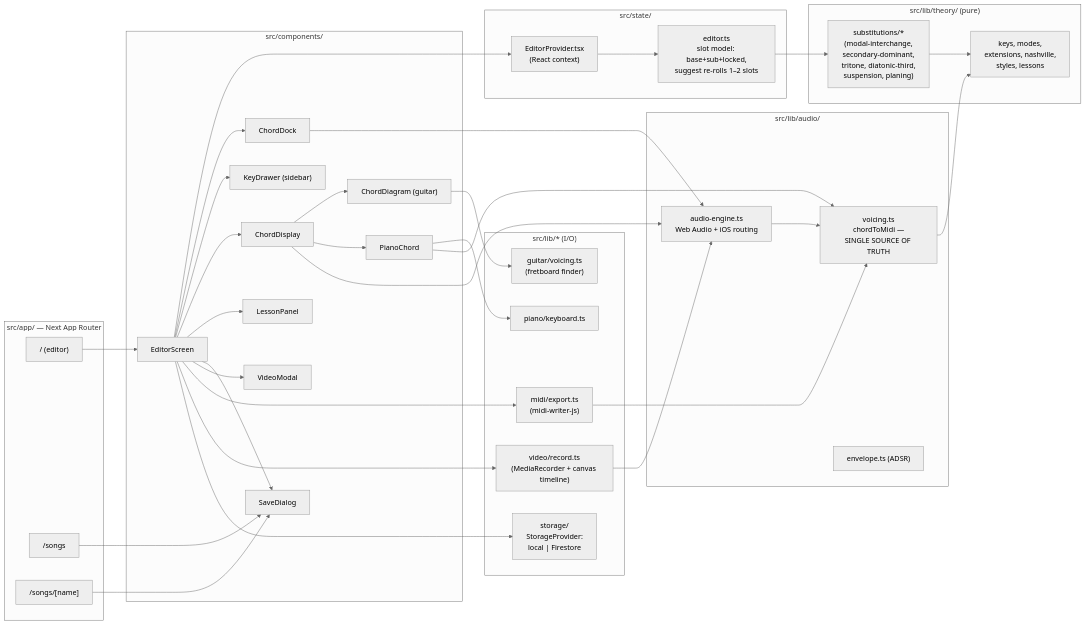
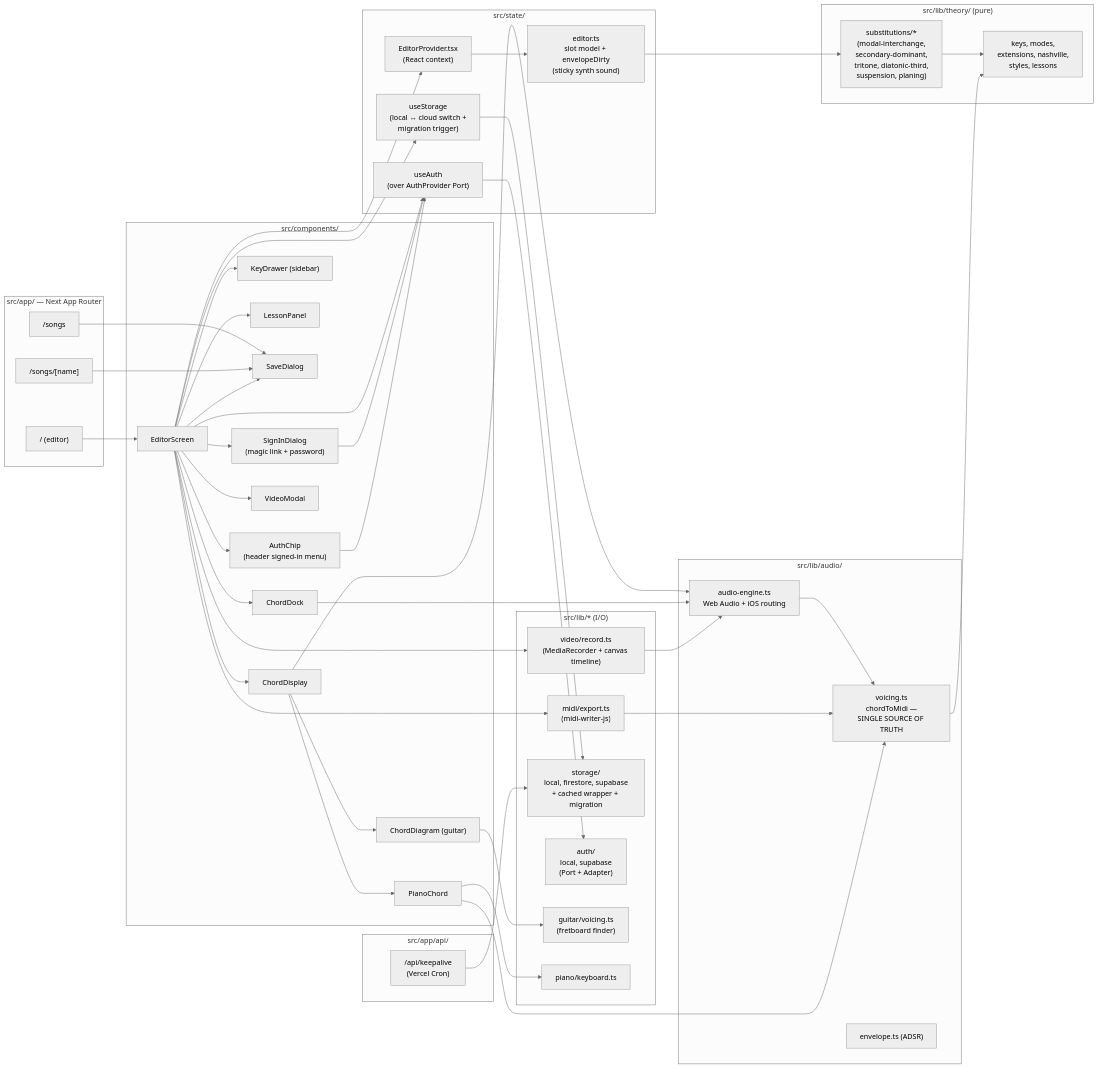
One commit to mazhermon/hitme-chord-suggester-v2 changed the third of 4 diagrams in docs/SYSTEM.md. Above: the diagram before and after it, drawn with Mermaid (neutral theme). The commit also changed other lines of this file and 5 other files, not shown here.

````diff
--- a/docs/SYSTEM.md
+++ b/docs/SYSTEM.md
@@ -110,8 +133,10 @@
   end
 
   subgraph state["src/state/"]
-    reducer["editor.ts<br/>slot model: base+sub+locked,<br/>suggest re-rolls 1–2 slots"]
+    reducer["editor.ts<br/>slot model + envelopeDirty<br/>(sticky synth sound)"]
     provider["EditorProvider.tsx<br/>(React context)"]
+    useauth["useAuth<br/>(over AuthProvider Port)"]
+    usestorage["useStorage<br/>(local ↔ cloud switch +<br/>migration trigger)"]
   end
 
   subgraph ui["src/components/"]
@@ -121,6 +146,8 @@
     drawer["KeyDrawer (sidebar)"]
     lesson["LessonPanel"]
     save["SaveDialog"]
+    signin["SignInDialog<br/>(magic link + password)"]
+    authchip["AuthChip<br/>(header signed-in menu)"]
     video["VideoModal"]
     guitardiag["ChordDiagram (guitar)"]
     pianodiag["PianoChord"]
@@ -140,18 +167,28 @@
   subgraph io["src/lib/* (I/O)"]
     midi["midi/export.ts<br/>(midi-writer-js)"]
     videolib["video/record.ts<br/>(MediaRecorder + canvas timeline)"]
-    storage["storage/<br/>StorageProvider:<br/>local | Firestore"]
+    storage["storage/<br/>local, firestore, supabase<br/>+ cached wrapper + migration"]
+    authlib["auth/<br/>local, supabase<br/>(Port + Adapter)"]
     guitar["guitar/voicing.ts<br/>(fretboard finder)"]
     piano["piano/keyboard.ts"]
+  end
+
+  subgraph api["src/app/api/"]
+    keepalive["/api/keepalive<br/>(Vercel Cron)"]
   end
 
   home --> screen
   songs --> save
   song --> save
 
-  screen --> provider
+  screen --> provider & signin & authchip
   provider --> reducer
   screen --> dock & drawer & display & lesson & save & video
+  screen --> usestorage & useauth
+  signin --> useauth
+  authchip --> useauth
+  usestorage --> storage
+  useauth --> authlib
 
   display --> guitardiag & pianodiag
   guitardiag --> guitar
@@ -165,8 +202,9 @@
   engine --> voicing
   voicing --> keys
 
-  screen --> midi & videolib & storage
+  screen --> midi & videolib
   midi --> voicing
   videolib --> engine
   pianodiag --> voicing
+  keepalive --> storage
 ```
````
